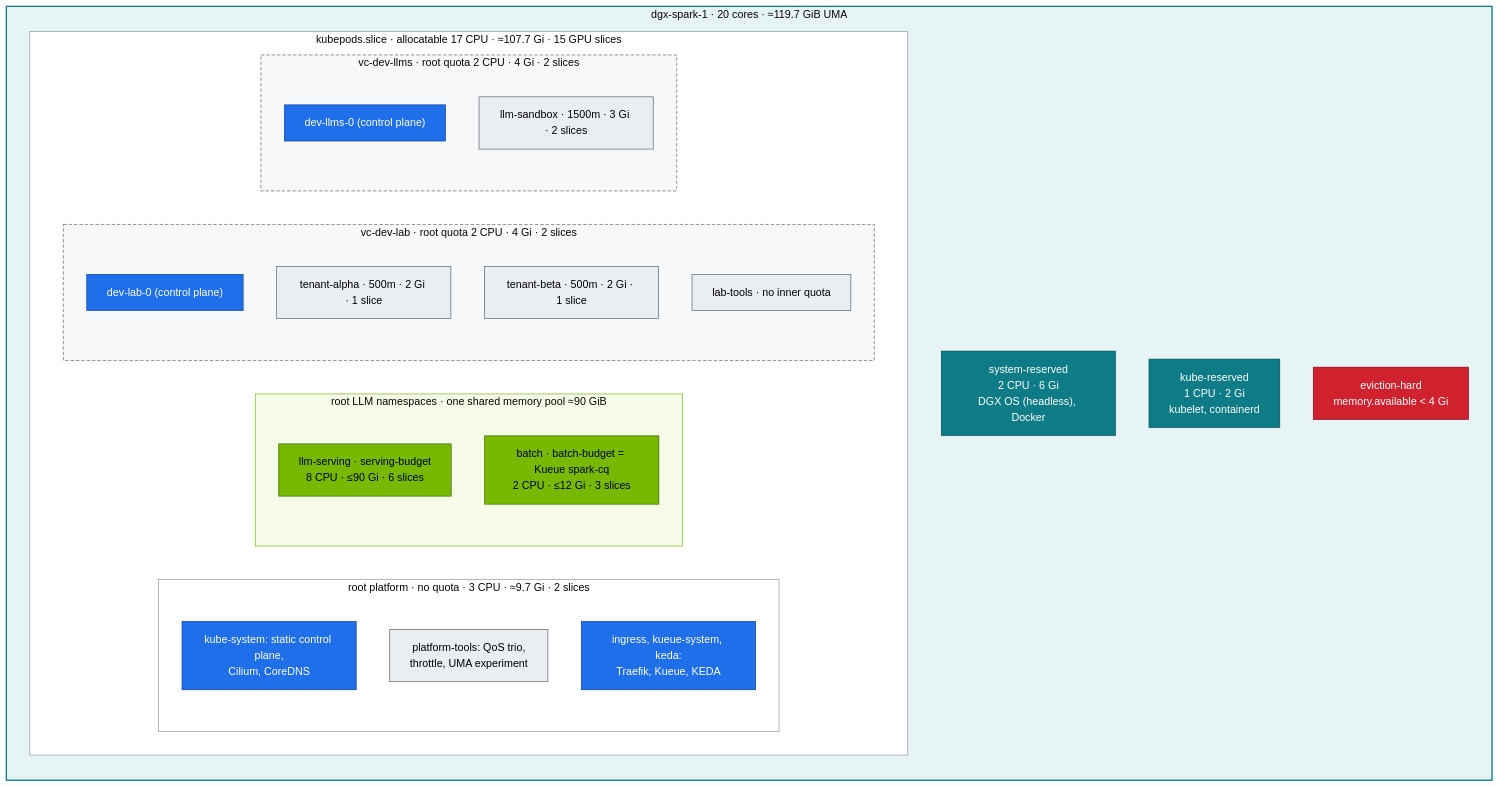
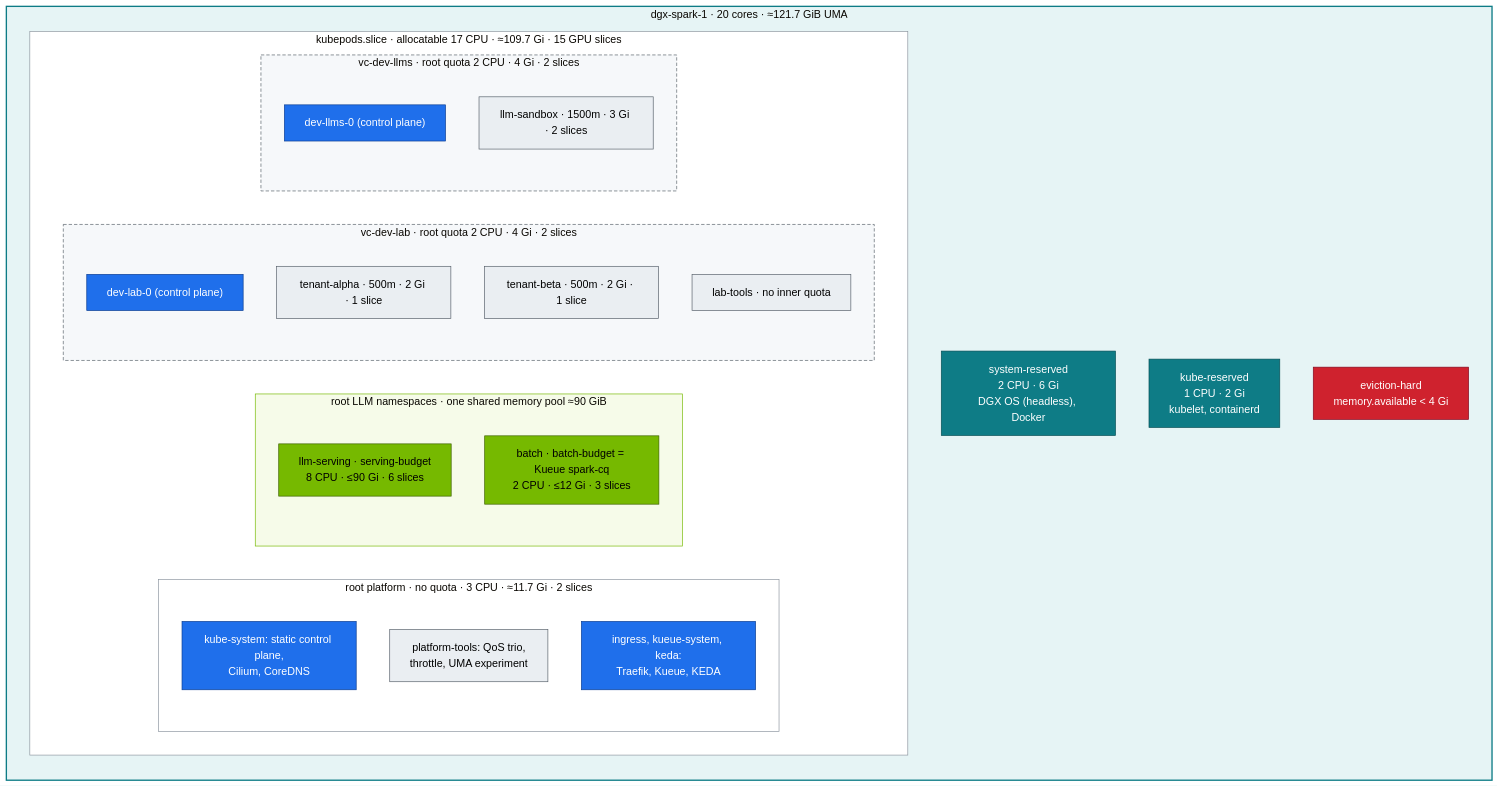
One commit to cloudone365/technical-depth changed the diagram in 02-Kubernetes/14-multi-tenancy-resource-quotas-and-cgroups.md. Above: the diagram before and after it, drawn with Mermaid (base theme). The commit also changed other lines of this file and 23 other files, not shown here.

First line of the commit message:
Use the measured memory of dgx-spark-1: ~121.7 GiB (MemTotal 127598768 kB), not 119.7

````diff
--- a/02-Kubernetes/14-multi-tenancy-resource-quotas-and-cgroups.md
+++ b/02-Kubernetes/14-multi-tenancy-resource-quotas-and-cgroups.md
@@ -35,50 +35,50 @@
 ```mermaid
 flowchart TB
-  subgraph NODE["dgx-spark-1 · 20 cores · ≈119.7 GiB UMA"]
+  subgraph NODE["dgx-spark-1 · 20 cores · ≈121.7 GiB UMA"]
     direction TB
     SR["system-reserved<br/>2 CPU · 6 Gi<br/>DGX OS (headless), Docker"]
     KR["kube-reserved<br/>1 CPU · 2 Gi<br/>kubelet, containerd"]
     EV["eviction-hard<br/>memory.available &lt; 4 Gi"]
-    subgraph KP["kubepods.slice · allocatable 17 CPU · ≈107.7 Gi · 15 GPU slices"]
+    subgraph KP["kubepods.slice · allocatable 17 CPU · ≈109.7 Gi · 15 GPU slices"]
       direction LR
-      subgraph RT["root platform · no quota · 3 CPU · ≈9.7 Gi · 2 slices"]
+      subgraph RT["root platform · no quota · 3 CPU · ≈11.7 Gi · 2 slices"]
         CPL["kube-system: static control plane,<br/>Cilium, CoreDNS"]
         PT["platform-tools: QoS trio,<br/>throttle, UMA experiment"]
         ADD["ingress, kueue-system, keda:<br/>Traefik, Kueue, KEDA"]
       end
       subgraph LP["root LLM namespaces · one shared memory pool ≈90 GiB"]
         direction TB
         LS["llm-serving · serving-budget<br/>8 CPU · ≤90 Gi · 6 slices"]
         BQ["batch · batch-budget = Kueue spark-cq<br/>2 CPU · ≤12 Gi · 3 slices"]
       end
       subgraph VD["vc-dev-lab · root quota 2 CPU · 4 Gi · 2 slices"]
         direction TB
         DCP["dev-lab-0 (control plane)"]
         TA["tenant-alpha · 500m · 2 Gi · 1 slice"]
         TB["tenant-beta · 500m · 2 Gi · 1 slice"]
         LT["lab-tools · no inner quota"]
       end
       subgraph VL["vc-dev-llms · root quota 2 CPU · 4 Gi · 2 slices"]
         direction TB
         LCP["dev-llms-0 (control plane)"]
         SB["llm-sandbox · 1500m · 3 Gi · 2 slices"]
       end
     end
   end
   classDef sec fill:#cf222e,stroke:#82071e,color:#fff
   classDef node fill:#0e7c86,stroke:#064e54,color:#fff
   classDef ctrl fill:#1f6feb,stroke:#0b3d91,color:#fff
   classDef gpu fill:#76b900,stroke:#3d6000,color:#000
   classDef tenant fill:#eaeef2,stroke:#57606a,color:#000
   class SR,KR node
   class EV sec
   class CPL,DCP,LCP,ADD ctrl
   class LS,BQ gpu
   class TA,TB,LT,PT,SB tenant
   style NODE fill:#e6f4f5,stroke:#0e7c86,stroke-width:2px
   style KP fill:#ffffff,stroke:#8c959f
   style VD fill:#f6f8fa,stroke:#57606a,stroke-dasharray:5 3
   style VL fill:#f6f8fa,stroke:#57606a,stroke-dasharray:5 3
   style LP fill:#f6fbe9,stroke:#76b900
   style RT fill:#ffffff,stroke:#8c959f
 ```
````
